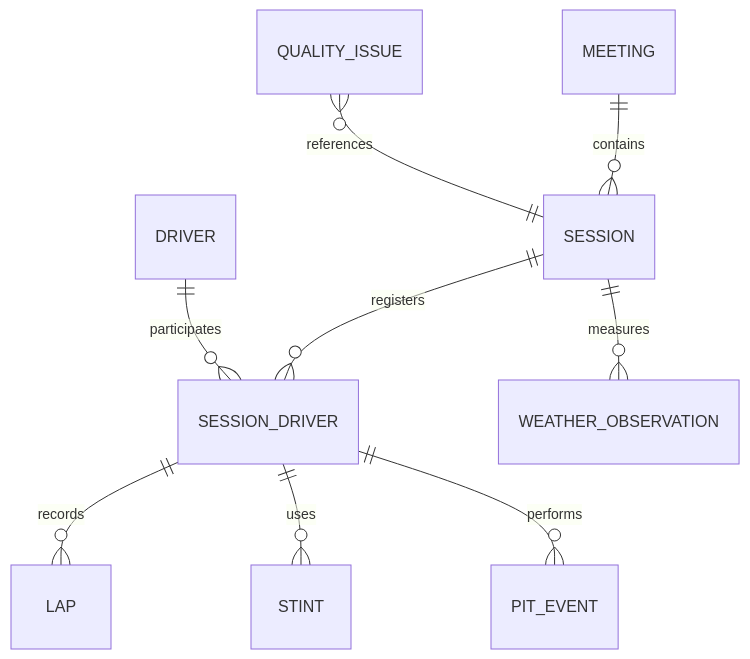
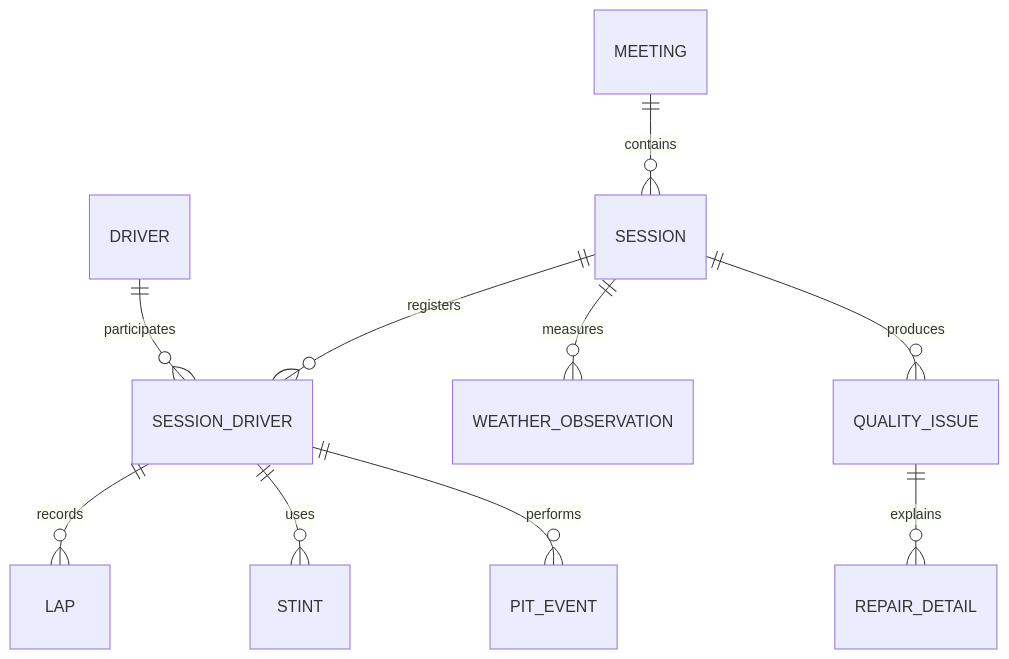
One commit to encore-ai-campus/mlo-02-p2-team1 changed the first of 2 diagrams in data/schema/TO_BE_model_design.md. Above: the diagram before and after it, drawn with Mermaid. The commit also changed other lines of this file, not shown here.

Commit message:
Refocus TO-BE design on MySQL schema

````diff
--- a/data/schema/TO_BE_model_design.md
+++ b/data/schema/TO_BE_model_design.md
@@ -38,11 +18,12 @@
 ```mermaid
 erDiagram
     MEETING ||--o{ SESSION : contains
     SESSION ||--o{ SESSION_DRIVER : registers
     DRIVER ||--o{ SESSION_DRIVER : participates
     SESSION_DRIVER ||--o{ LAP : records
     SESSION_DRIVER ||--o{ STINT : uses
     SESSION_DRIVER ||--o{ PIT_EVENT : performs
     SESSION ||--o{ WEATHER_OBSERVATION : measures
-    QUALITY_ISSUE }o--|| SESSION : references
+    SESSION ||--o{ QUALITY_ISSUE : produces
+    QUALITY_ISSUE ||--o{ REPAIR_DETAIL : explains
 ```
````
